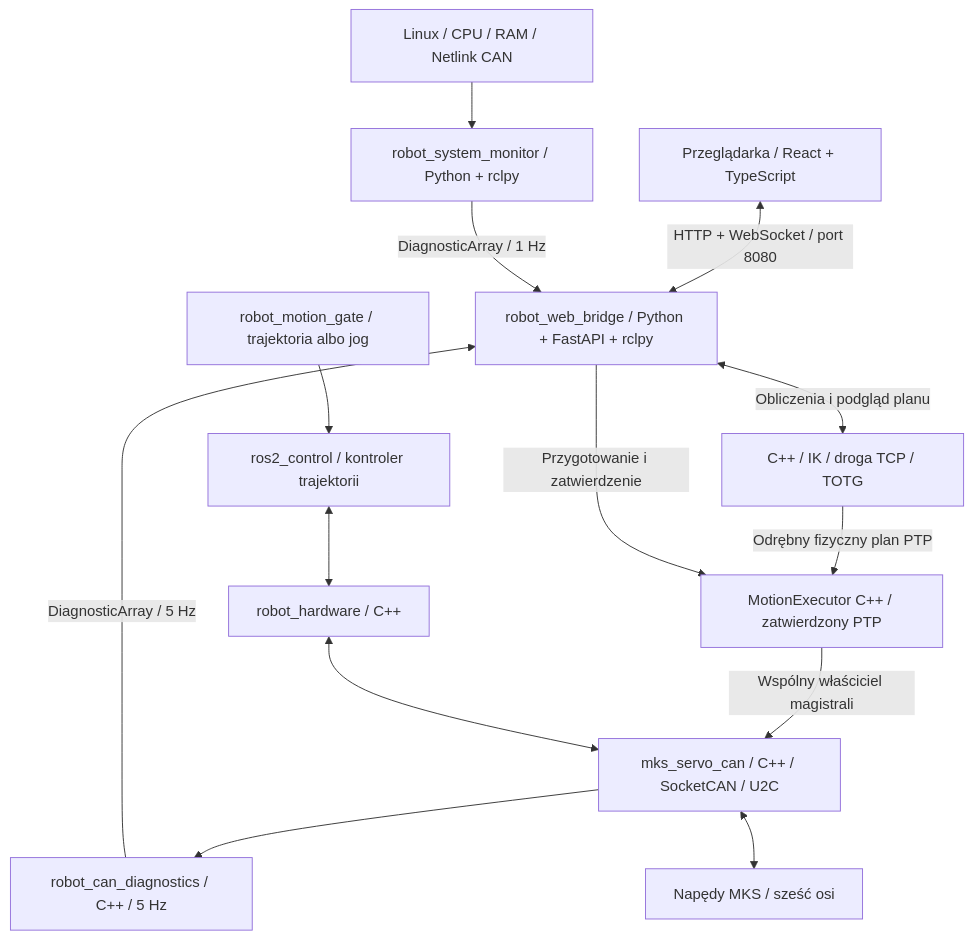
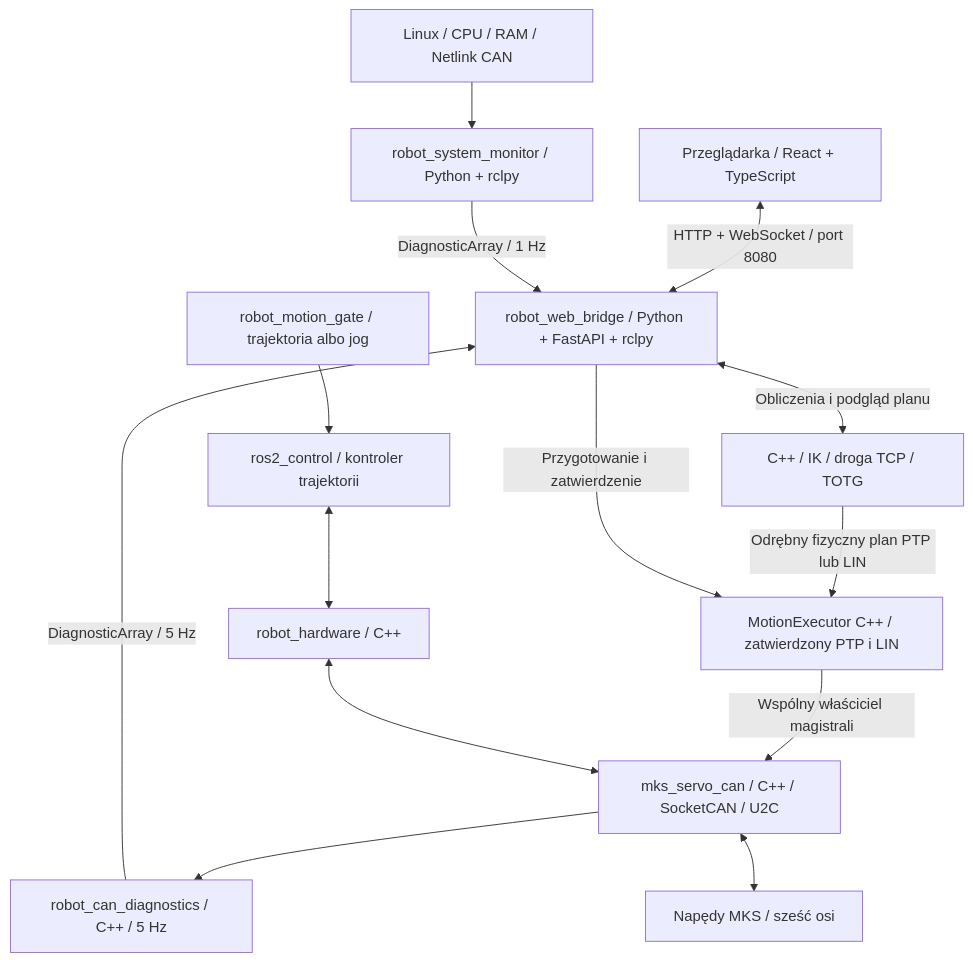
The diagram in docs/architecture.md (Majster1234/MAGNIUS), drawn with Mermaid before and after one commit. The commit also changed other lines of this file and 33 other files, not shown here.

````diff
--- a/docs/architecture.md
+++ b/docs/architecture.md
@@ -28,28 +28,28 @@
 ```mermaid
 flowchart TD
     UI[Przeglądarka / React + TypeScript]
     API[robot_web_bridge / Python + FastAPI + rclpy]
     MON[robot_system_monitor / Python + rclpy]
     LINUX[Linux / CPU / RAM / Netlink CAN]
     MOVE[C++ / IK / droga TCP / TOTG]
-    EXEC[MotionExecutor C++ / zatwierdzony PTP]
+    EXEC[MotionExecutor C++ / zatwierdzony PTP i LIN]
     GATE[robot_motion_gate / trajektoria albo jog]
     CTRL[ros2_control / kontroler trajektorii]
     HW[robot_hardware / C++]
     DIAG[robot_can_diagnostics / C++ / 5 Hz]
     CAN[mks_servo_can / C++ / SocketCAN / U2C]
     DRIVES[Napędy MKS / sześć osi]
     UI <-->|HTTP + WebSocket / port 8080| API
     LINUX --> MON
     MON -->|DiagnosticArray / 1 Hz| API
     CAN --> DIAG
     DIAG -->|DiagnosticArray / 5 Hz| API
     API <-->|Obliczenia i podgląd planu| MOVE
-    MOVE -->|Odrębny fizyczny plan PTP| EXEC
+    MOVE -->|Odrębny fizyczny plan PTP lub LIN| EXEC
     API -->|Przygotowanie i zatwierdzenie| EXEC
     EXEC -->|Wspólny właściciel magistrali| CAN
     GATE --> CTRL
     CTRL <--> HW
     HW <--> CAN
     CAN <--> DRIVES
 ```
````
